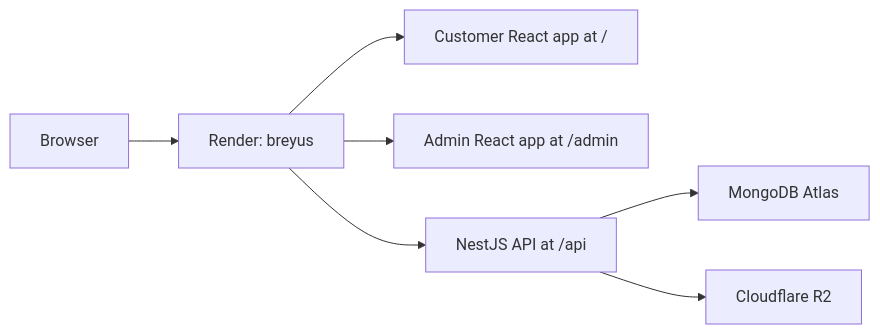
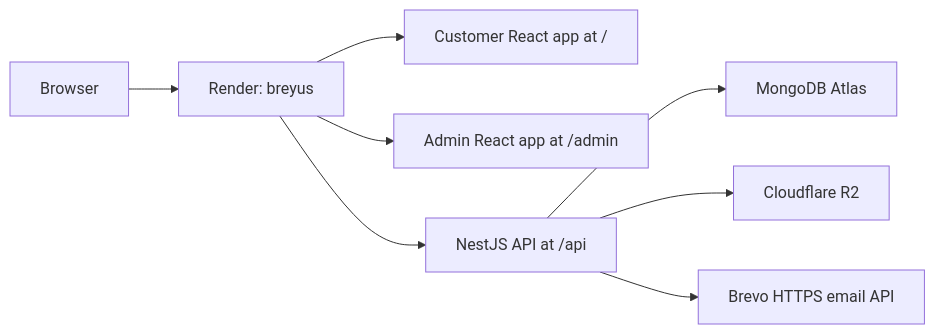
Before and after one commit to heybadrinath/Breyus: the diagram in context/operations/RENDER_DEPLOYMENT_RUNBOOK.md, drawn with Mermaid. The commit also changed other lines of this file and 10 other files, not shown here.

Commit message:
fix: deliver OTP emails through HTTPS API

````diff
--- a/context/operations/RENDER_DEPLOYMENT_RUNBOOK.md
+++ b/context/operations/RENDER_DEPLOYMENT_RUNBOOK.md
@@ -37,9 +38,10 @@
 ```mermaid
 flowchart LR
     Browser["Browser"] --> Render["Render: breyus"]
     Render --> Web["Customer React app at /"]
     Render --> Admin["Admin React app at /admin"]
     Render --> API["NestJS API at /api"]
     API --> Atlas["MongoDB Atlas"]
     API --> R2["Cloudflare R2"]
+    API --> Brevo["Brevo HTTPS email API"]
 ```
````
